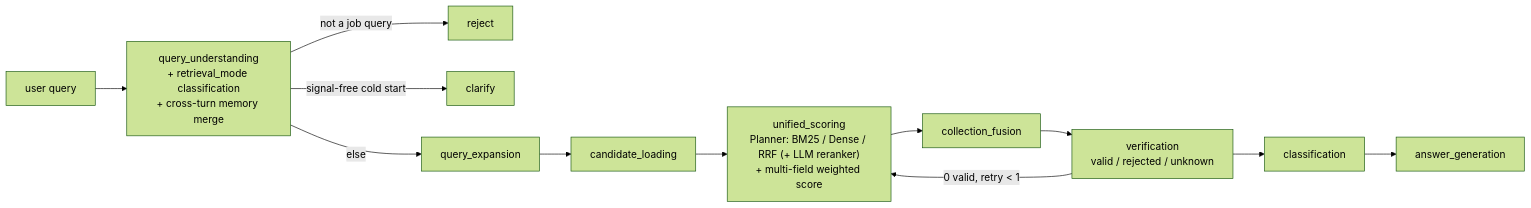
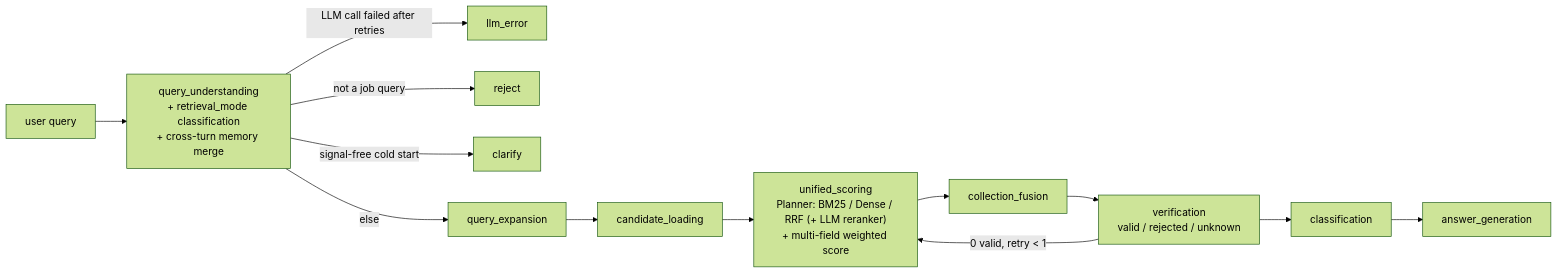
The diagram in README.md (z8ri/job-intelligence-agent), drawn with Mermaid (forest theme) before and after one commit. The commit also changed other lines of this file and 15 other files, not shown here.

First line of the commit message:
Add LLM call resilience, observability, and grounded answer generation

````diff
--- a/README.md
+++ b/README.md
@@ -17,12 +17,13 @@
 ```mermaid
 flowchart LR
     Q[user query] --> QU["query_understanding<br/>+ retrieval_mode classification<br/>+ cross-turn memory merge"]
+    QU -- LLM call failed after retries --> LE[llm_error]
     QU -- not a job query --> RJ[reject]
     QU -- signal-free cold start --> CL[clarify]
     QU -- else --> QE[query_expansion] --> CA[candidate_loading]
     CA --> SC["unified_scoring<br/>Planner: BM25 / Dense / RRF (+ LLM reranker)<br/>+ multi-field weighted score"]
     SC --> CF[collection_fusion]
     CF --> V["verification<br/>valid / rejected / unknown"]
     V -- 0 valid, retry < 1 --> SC
     V --> CT[classification] --> AG[answer_generation]
 ```
````
